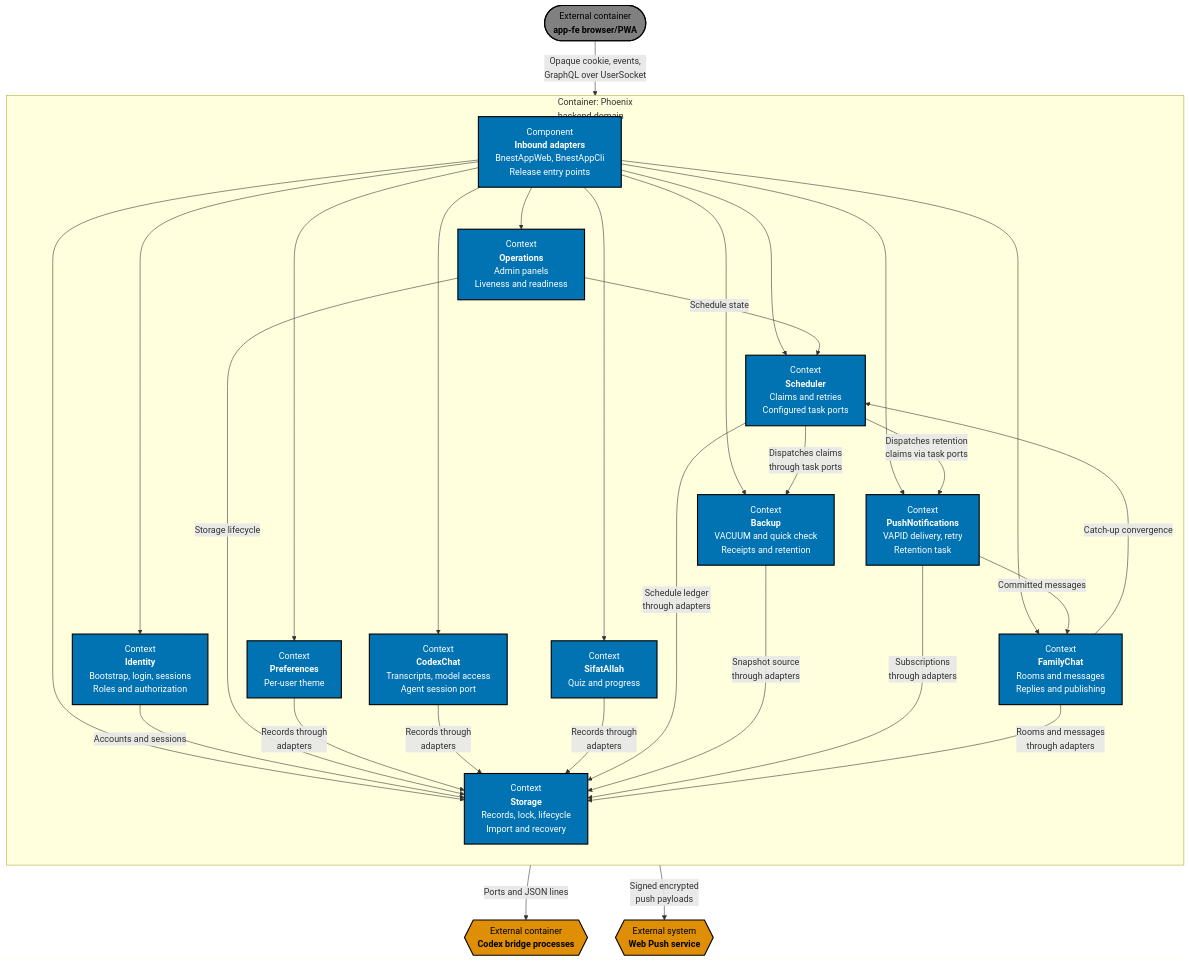
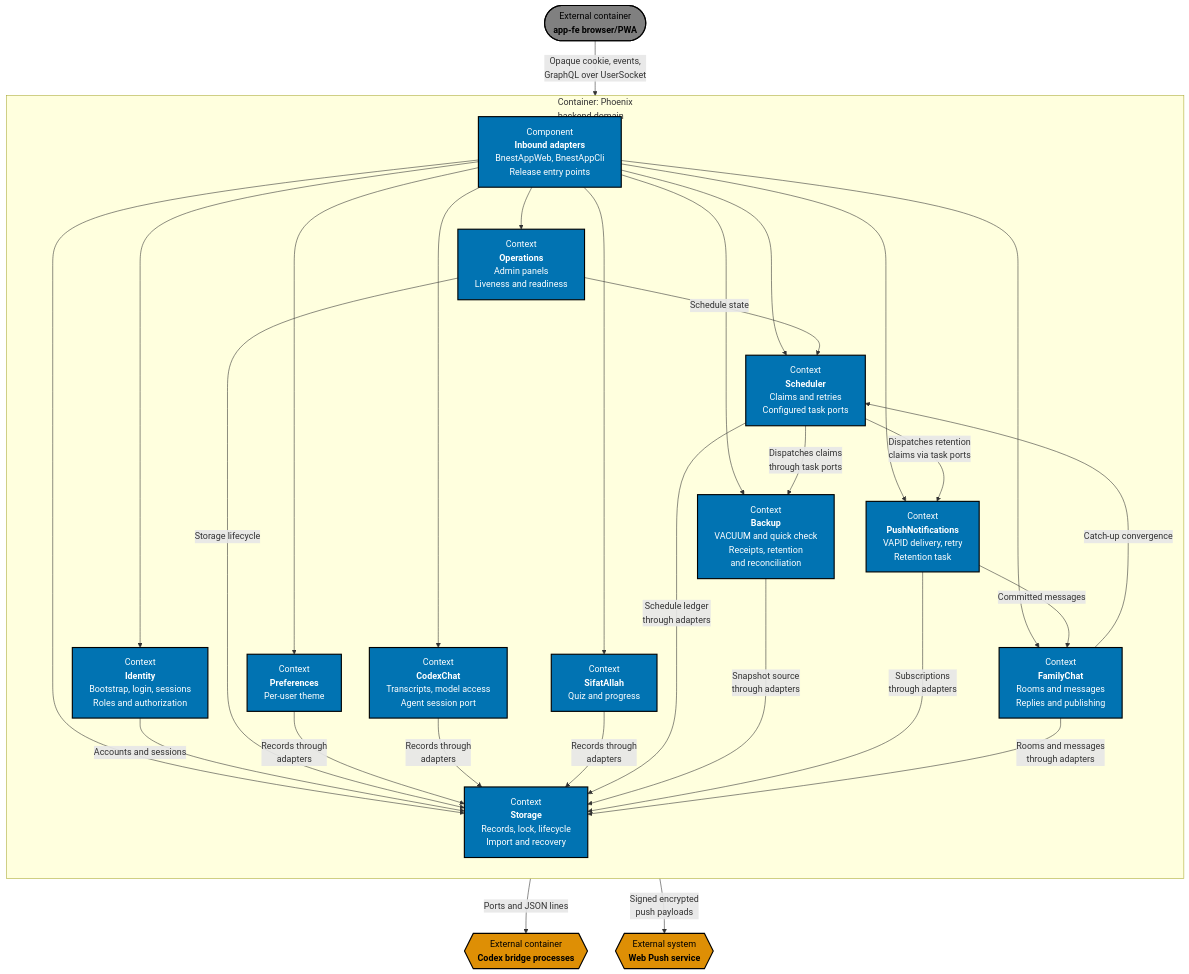
Before and after one commit to wahidyankf/beaver-nest: the fourth of 4 diagrams in specs/apps/bnest/app-be/architecture.md, drawn with Mermaid. The commit also changed other lines of this file and 9 other files, not shown here.

First line of the commit message:
test(backup): specify and bind the backup reconciliation scenarios

````diff
--- a/specs/apps/bnest/app-be/architecture.md
+++ b/specs/apps/bnest/app-be/architecture.md
@@ -142,61 +142,61 @@
 ```mermaid
 flowchart TB
     accTitle: Component View
-    accDescr: Flowchart with 14 nodes and 27 connections. Nodes: External container app-fe browser/PWA, External container Codex bridge processes, External system Web Push service, Component Inbound adapters BnestAppWeb, BnestAppCli Release entry points, Context Identity Bootstrap, login, sessions Roles and authorization, Context Preferences Per-user theme, Context Storage Records, lock, lifecycle Import and recovery, Context Operations Admin panels Liveness and readiness, Context Scheduler Claims and retries Configured task ports, Context Backup VACUUM and quick check Receipts and retention, Context CodexChat Transcripts, model access Agent session port, Context SifatAllah Quiz and progress, Context FamilyChat Rooms and messages Replies and publishing, and 1 more. Connections: app-fe to Inbound adapters (Opaque cookie, events, GraphQL over UserSocket), Inbound adapters to each of the ten context facades, Identity to Storage (Accounts and sessions), Operations to Scheduler and Storage, FamilyChat to Scheduler (Catch-up convergence), PushNotifications to FamilyChat (Committed messages), Scheduler to Backup and PushNotifications (Dispatches claims through task ports), Preferences, CodexChat, SifatAllah, Scheduler, Backup, PushNotifications and FamilyChat to Storage (Records through adapters), CodexChat to Codex bridge processes (Ports and JSON lines), and PushNotifications to Web Push service (Signed encrypted push payloads).
+    accDescr: Flowchart with 14 nodes and 27 connections. Nodes: External container app-fe browser/PWA, External container Codex bridge processes, External system Web Push service, Component Inbound adapters BnestAppWeb, BnestAppCli Release entry points, Context Identity Bootstrap, login, sessions Roles and authorization, Context Preferences Per-user theme, Context Storage Records, lock, lifecycle Import and recovery, Context Operations Admin panels Liveness and readiness, Context Scheduler Claims and retries Configured task ports, Context Backup VACUUM and quick check Receipts, retention and reconciliation, Context CodexChat Transcripts, model access Agent session port, Context SifatAllah Quiz and progress, Context FamilyChat Rooms and messages Replies and publishing, and 1 more. Connections: app-fe to Inbound adapters (Opaque cookie, events, GraphQL over UserSocket), Inbound adapters to each of the ten context facades, Identity to Storage (Accounts and sessions), Operations to Scheduler and Storage, FamilyChat to Scheduler (Catch-up convergence), PushNotifications to FamilyChat (Committed messages), Scheduler to Backup and PushNotifications (Dispatches claims through task ports), Preferences, CodexChat, SifatAllah, Scheduler, Backup, PushNotifications and FamilyChat to Storage (Records through adapters), CodexChat to Codex bridge processes (Ports and JSON lines), and PushNotifications to Web Push service (Signed encrypted push payloads).
     frontend(["External container<br/><b>app-fe browser/PWA</b>"])
     bridge{{"External container<br/><b>Codex bridge processes</b>"}}
     webpush{{"External system<br/><b>Web Push service</b>"}}
 
     subgraph phoenix["Container: Phoenix<br/>backend domain"]
         direction TB
 
         inbound["Component<br/><b>Inbound adapters</b><br/>BnestAppWeb, BnestAppCli<br/>Release entry points"]
         identity["Context<br/><b>Identity</b><br/>Bootstrap, login, sessions<br/>Roles and authorization"]
         preferences["Context<br/><b>Preferences</b><br/>Per-user theme"]
         storage["Context<br/><b>Storage</b><br/>Records, lock, lifecycle<br/>Import and recovery"]
         operations["Context<br/><b>Operations</b><br/>Admin panels<br/>Liveness and readiness"]
         scheduler["Context<br/><b>Scheduler</b><br/>Claims and retries<br/>Configured task ports"]
-        backup["Context<br/><b>Backup</b><br/>VACUUM and quick check<br/>Receipts and retention"]
+        backup["Context<br/><b>Backup</b><br/>VACUUM and quick check<br/>Receipts, retention<br/>and reconciliation"]
         codexchat["Context<br/><b>CodexChat</b><br/>Transcripts, model access<br/>Agent session port"]
         sifatallah["Context<br/><b>SifatAllah</b><br/>Quiz and progress"]
         familychat["Context<br/><b>FamilyChat</b><br/>Rooms and messages<br/>Replies and publishing"]
         push["Context<br/><b>PushNotifications</b><br/>VAPID delivery, retry<br/>Retention task"]
 
         inbound --> identity
         inbound --> preferences
         inbound --> storage
         inbound --> operations
         inbound --> scheduler
         inbound --> backup
         inbound --> codexchat
         inbound --> sifatallah
         inbound --> familychat
         inbound --> push
         identity -->|Accounts and sessions| storage
         operations -->|Schedule state| scheduler
         operations -->|Storage lifecycle| storage
         familychat -->|Catch-up convergence| scheduler
         push -->|Committed messages| familychat
         scheduler -->|Dispatches claims<br/>through task ports| backup
         scheduler -->|Dispatches retention<br/>claims via task ports| push
         preferences -->|Records through<br/>adapters| storage
         codexchat -->|Records through<br/>adapters| storage
         sifatallah -->|Records through<br/>adapters| storage
         scheduler -->|Schedule ledger<br/>through adapters| storage
         backup -->|Snapshot source<br/>through adapters| storage
         push -->|Subscriptions<br/>through adapters| storage
         familychat -->|Rooms and messages<br/>through adapters| storage
     end
 
     frontend -->|Opaque cookie, events,<br/>GraphQL over UserSocket| inbound
     codexchat -->|Ports and JSON lines| bridge
     push -->|Signed encrypted<br/>push payloads| webpush
 
     classDef external fill:#808080,stroke:#000000,color:#000000,stroke-width:2px
     classDef component fill:#0173B2,stroke:#000000,color:#FFFFFF,stroke-width:2px
     classDef process fill:#DE8F05,stroke:#000000,color:#000000,stroke-width:2px
     class frontend external
     class inbound,identity,preferences,storage,operations,scheduler,backup,codexchat,sifatallah,familychat,push component
     class bridge,webpush process
     classDef default fill:#FFFFFF,stroke:#000000,color:#000000
 ```
````
